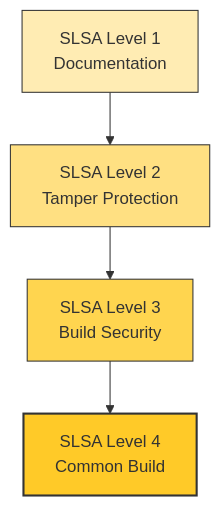
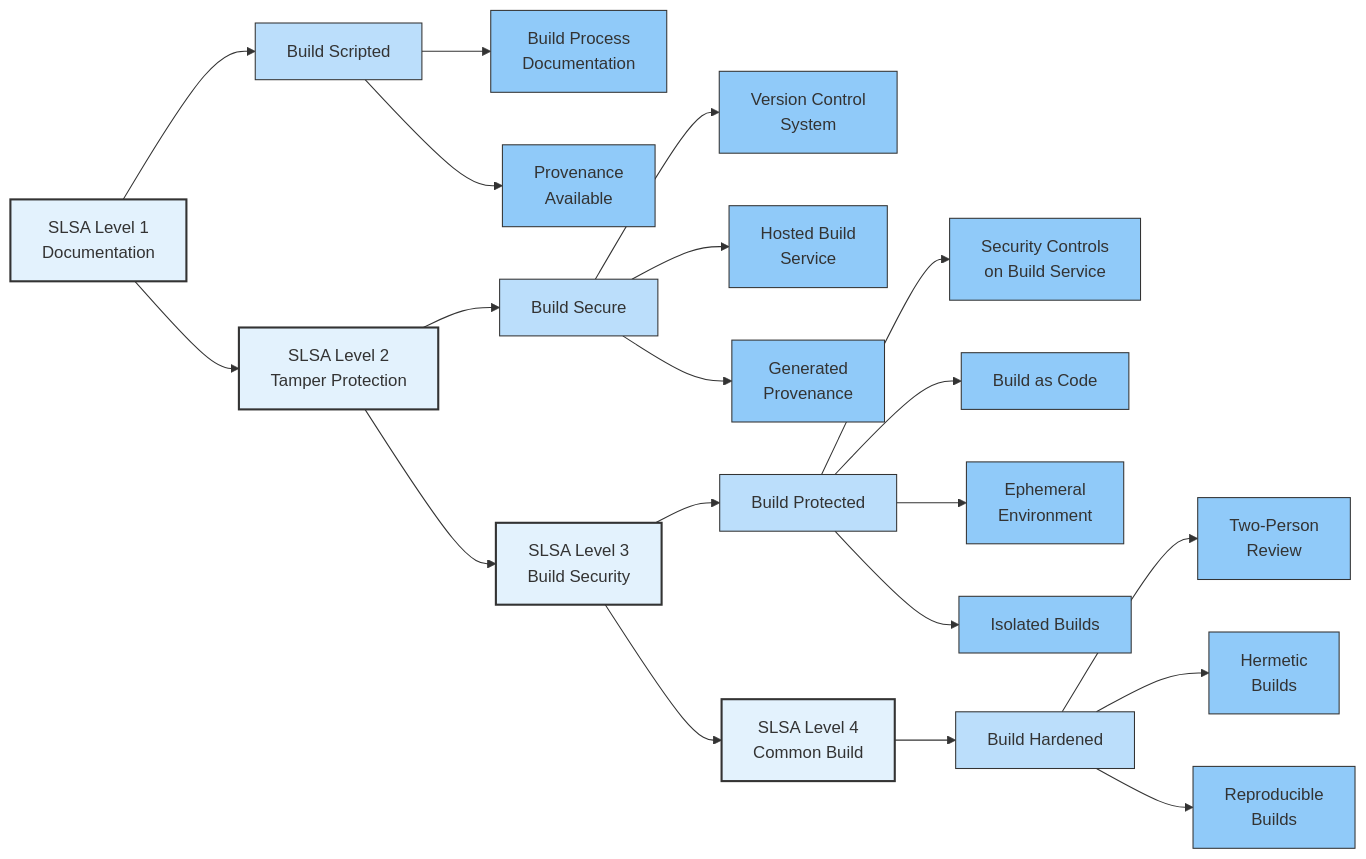
The fourth of 4 diagrams in docs/introduction/overview.md (harekrishnarai/software-supply-chain-security-notes), drawn with Mermaid before and after one commit. The commit also changed other lines of this file and 4 other files, not shown here.

````diff
--- a/docs/introduction/overview.md
+++ b/docs/introduction/overview.md
@@ -130,11 +640,34 @@
 ```mermaid
-graph TD
-    L1[SLSA Level 1<br>Documentation] --> L2[SLSA Level 2<br>Tamper Protection]
-    L2 --> L3[SLSA Level 3<br>Build Security]
-    L3 --> L4[SLSA Level 4<br>Common Build]
+graph LR
+    classDef level fill:#e3f2fd,stroke:#333,stroke-width:1px
+    classDef requirement fill:#bbdefb,stroke:#333,stroke-width:1px
+    classDef control fill:#90caf9,stroke:#333,stroke-width:1px
     
-    style L1 fill:#ffecb3,stroke:#333
-    style L2 fill:#ffe082,stroke:#333
-    style L3 fill:#ffd54f,stroke:#333
-    style L4 fill:#ffca28,stroke:#333,stroke-width:2px
+    L1[SLSA Level 1<br>Documentation]:::level --> D1[Build Scripted]:::requirement
+    D1 --> D11[Build Process<br>Documentation]:::control
+    D1 --> D12[Provenance<br>Available]:::control
+    
+    L1 --> L2[SLSA Level 2<br>Tamper Protection]:::level
+    L2 --> D2[Build Secure]:::requirement
+    D2 --> D21[Version Control<br>System]:::control
+    D2 --> D22[Hosted Build<br>Service]:::control
+    D2 --> D23[Generated<br>Provenance]:::control
+    
+    L2 --> L3[SLSA Level 3<br>Build Security]:::level
+    L3 --> D3[Build Protected]:::requirement
+    D3 --> D31[Security Controls<br>on Build Service]:::control
+    D3 --> D32[Build as Code]:::control
+    D3 --> D33[Ephemeral<br>Environment]:::control
+    D3 --> D34[Isolated Builds]:::control
+    
+    L3 --> L4[SLSA Level 4<br>Common Build]:::level
+    L4 --> D4[Build Hardened]:::requirement
+    D4 --> D41[Two-Person<br>Review]:::control
+    D4 --> D42[Hermetic<br>Builds]:::control
+    D4 --> D43[Reproducible<br>Builds]:::control
+    
+    style L1 stroke-width:2px
+    style L2 stroke-width:2px
+    style L3 stroke-width:2px
+    style L4 stroke-width:2px
 ```
````
